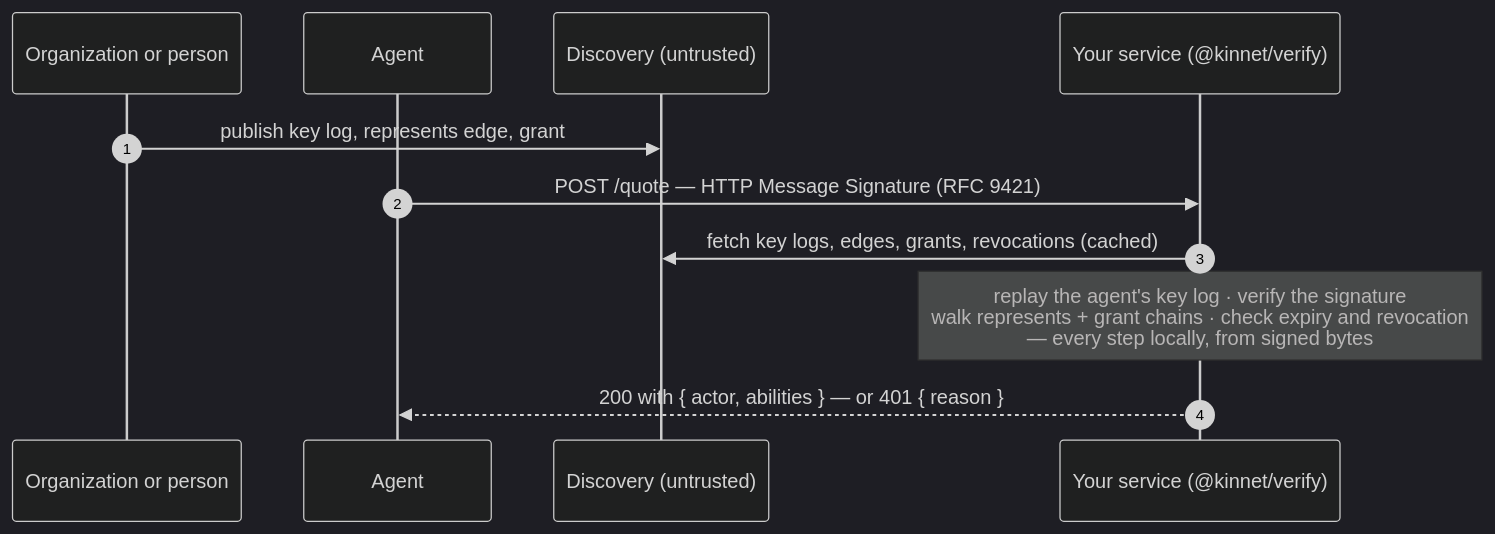
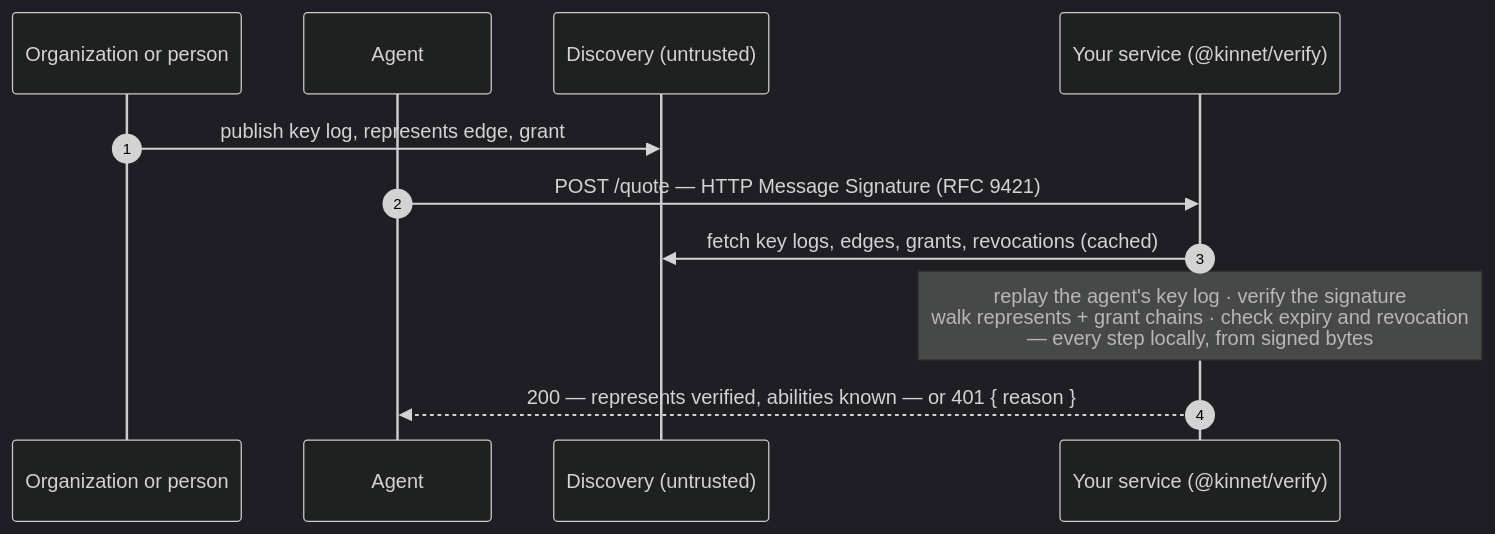
Before and after one commit to HumanMeetsAi/kinnet: the second of 2 diagrams in README.md, drawn with Mermaid (dark theme). The commit also changed other lines of this file and 11 other files, not shown here.

````diff
--- a/README.md
+++ b/README.md
@@ -111,13 +111,13 @@
 ```mermaid
 sequenceDiagram
   autonumber
   participant Org as Organization or person
   participant Agent
   participant Disc as Discovery (untrusted)
   participant Svc as Your service (@kinnet/verify)
   Org->>Disc: publish key log, represents edge, grant
   Agent->>Svc: POST /quote — HTTP Message Signature (RFC 9421)
   Svc->>Disc: fetch key logs, edges, grants, revocations (cached)
   Note over Svc: replay the agent's key log · verify the signature<br/>walk represents + grant chains · check expiry and revocation<br/>— every step locally, from signed bytes
-  Svc-->>Agent: 200 with { actor, abilities } — or 401 { reason }
+  Svc-->>Agent: 200 — represents verified, abilities known — or 401 { reason }
 ```
````
